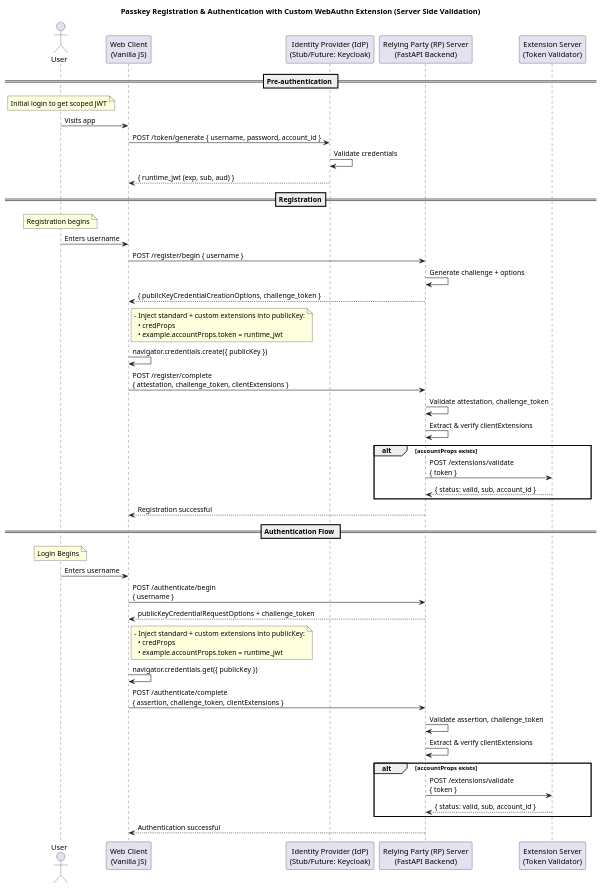
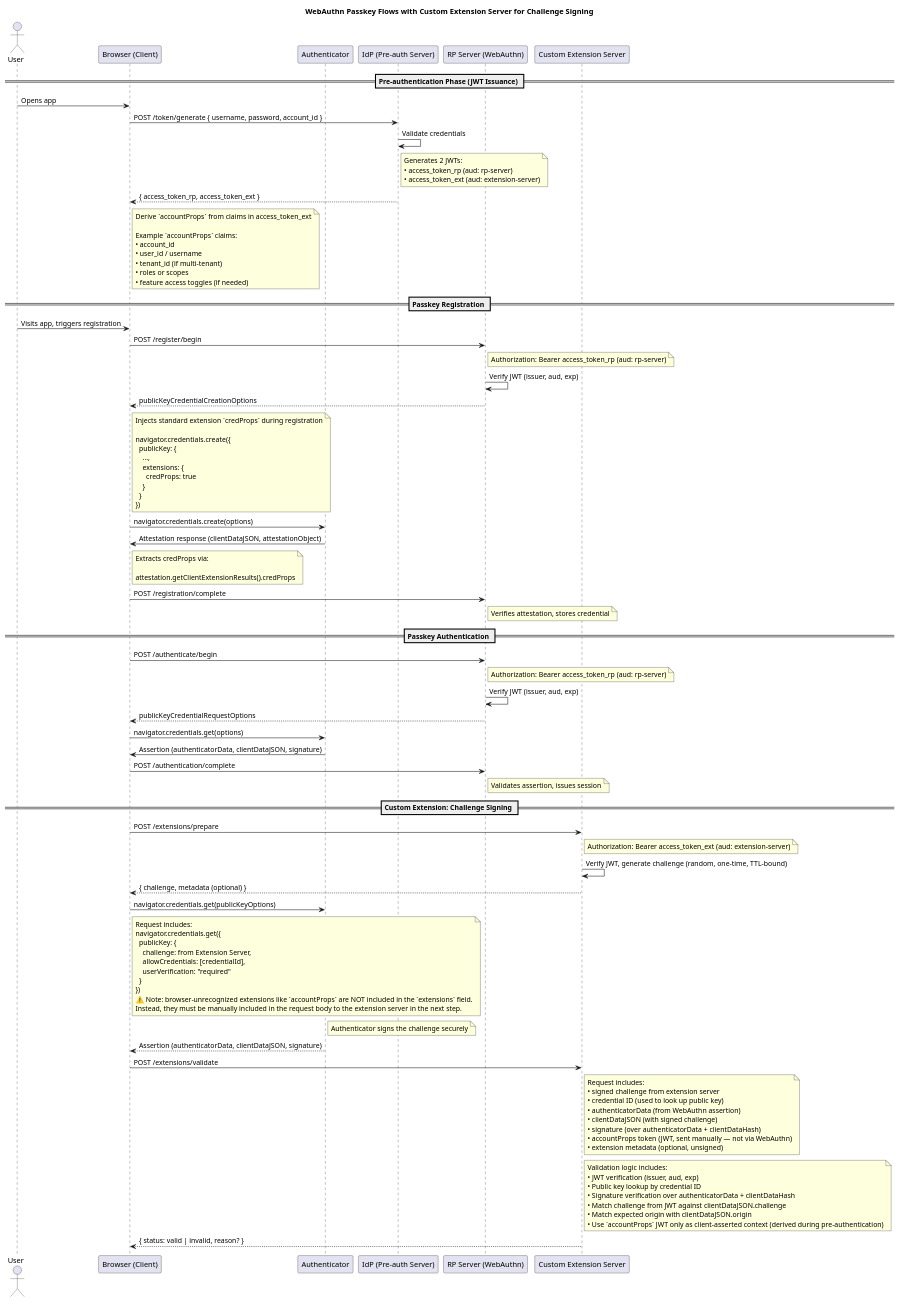
Before and after one commit to nithyanatarajan/simpleFIDO: the diagram in diagrams/sequence.puml, drawn with PlantUML. The commit also changed 6 other files, not shown here.

Commit message:
Rethink the custom extensions flow and update docs

```diff
--- a/diagrams/sequence.puml
+++ b/diagrams/sequence.puml
@@ -1,70 +1,114 @@
 @startuml
-title Passkey Registration & Authentication with Custom WebAuthn Extension (Server Side Validation)
+title WebAuthn Passkey Flows with Custom Extension Server for Challenge Signing
 
 actor User
+participant "Browser (Client)" as Browser
+participant "Authenticator" as Auth
+participant "IdP (Pre-auth Server)" as IdP
+participant "RP Server (WebAuthn)" as RP
+participant "Custom Extension Server" as ExtServer
 
-participant "Web Client\n(Vanilla JS)" as Client
-participant "Identity Provider (IdP)\n(Stub/Future: Keycloak)" as IdP
-participant "Relying Party (RP) Server\n(FastAPI Backend)" as RP
-participant "Extension Server\n(Token Validator)" as ExtnServer
+== Pre-authentication Phase (JWT Issuance) ==
+User -> Browser: Opens app
+Browser -> IdP: POST /token/generate { username, password, account_id }
+IdP -> IdP: Validate credentials
+note right of IdP: Generates 2 JWTs:\n• access_token_rp (aud: rp-server)\n• access_token_ext (aud: extension-server)
+IdP --> Browser: { access_token_rp, access_token_ext }
+note right of Browser
+Derive `accountProps` from claims in access_token_ext
 
-== Pre-authentication ==
-note over User: Initial login to get scoped JWT
-User -> Client: Visits app
-Client -> IdP: POST /token/generate { username, password, account_id }
-IdP -> IdP: Validate credentials
-IdP --> Client: { runtime_jwt (exp, sub, aud) }
-
-== Registration==
-note over User: Registration begins
-User -> Client: Enters username
-Client -> RP: POST /register/begin { username }
-RP -> RP: Generate challenge + options
-RP --> Client: { publicKeyCredentialCreationOptions, challenge_token }
-
-note right of Client
-- Inject standard + custom extensions into publicKey:
-  • credProps
-  • example.accountProps.token = runtime_jwt
+Example `accountProps` claims:
+• account_id
+• user_id / username
+• tenant_id (if multi-tenant)
+• roles or scopes
+• feature access toggles (if needed)
 end note
 
-Client -> Client: navigator.credentials.create({ publicKey })
-Client -> RP: POST /register/complete\n{ attestation, challenge_token, clientExtensions }
+== Passkey Registration ==
+User -> Browser: Visits app, triggers registration
+Browser -> RP: POST /register/begin
+note right of RP: Authorization: Bearer access_token_rp (aud: rp-server)
+RP -> RP: Verify JWT (issuer, aud, exp)
+RP --> Browser: publicKeyCredentialCreationOptions
+note right of Browser
+Injects standard extension `credProps` during registration
 
-RP -> RP: Validate attestation, challenge_token
-RP -> RP: Extract & verify clientExtensions
-
-alt accountProps exists
-  RP -> ExtnServer: POST /extensions/validate\n{ token }
-  ExtnServer --> RP: { status: valid, sub, account_id }
-end
-
-RP --> Client: Registration successful
-
-== Authentication Flow ==
-note over User: Login Begins
-User -> Client: Enters username
-
-Client -> RP: POST /authenticate/begin\n{ username }
-RP --> Client: publicKeyCredentialRequestOptions + challenge_token
-
-note right of Client
-- Inject standard + custom extensions into publicKey:
-  • credProps
-  • example.accountProps.token = runtime_jwt
+navigator.credentials.create({
+  publicKey: {
+    ...,
+    extensions: {
+      credProps: true
+    }
+  }
+})
 end note
 
-Client -> Client: navigator.credentials.get({ publicKey })
-Client -> RP: POST /authenticate/complete\n{ assertion, challenge_token, clientExtensions }
+Browser -> Auth: navigator.credentials.create(options)
+Auth -> Browser: Attestation response (clientDataJSON, attestationObject)
+note right of Browser
+Extracts credProps via:
 
-RP -> RP: Validate assertion, challenge_token
-RP -> RP: Extract & verify clientExtensions
+attestation.getClientExtensionResults().credProps
+end note
 
-alt accountProps exists
-  RP -> ExtnServer: POST /extensions/validate\n{ token }
-  ExtnServer --> RP: { status: valid, sub, account_id }
-end
 
-RP --> Client: Authentication successful
+Browser -> RP: POST /registration/complete
+note right of RP: Verifies attestation, stores credential
 
+== Passkey Authentication ==
+Browser -> RP: POST /authenticate/begin
+note right of RP: Authorization: Bearer access_token_rp (aud: rp-server)
+RP -> RP: Verify JWT (issuer, aud, exp)
+RP --> Browser: publicKeyCredentialRequestOptions
+Browser -> Auth: navigator.credentials.get(options)
+Auth -> Browser: Assertion (authenticatorData, clientDataJSON, signature)
+Browser -> RP: POST /authentication/complete
+note right of RP: Validates assertion, issues session
+
+== Custom Extension: Challenge Signing ==
+Browser -> ExtServer: POST /extensions/prepare
+note right of ExtServer: Authorization: Bearer access_token_ext (aud: extension-server)
+ExtServer -> ExtServer: Verify JWT, generate challenge (random, one-time, TTL-bound)
+ExtServer --> Browser: { challenge, metadata (optional) }
+
+Browser -> Auth: navigator.credentials.get(publicKeyOptions)
+note right of Browser
+Request includes:
+navigator.credentials.get({
+  publicKey: {
+    challenge: from Extension Server,
+    allowCredentials: [credentialId],
+    userVerification: "required"
+  }
+})
+⚠️ Note: browser-unrecognized extensions like `accountProps` are NOT included in the `extensions` field.
+Instead, they must be manually included in the request body to the extension server in the next step.
+end note
+
+note right of Auth: Authenticator signs the challenge securely
+Auth --> Browser: Assertion (authenticatorData, clientDataJSON, signature)
+
+Browser -> ExtServer: POST /extensions/validate
+note right of ExtServer
+Request includes:
+• signed challenge from extension server
+• credential ID (used to look up public key)
+• authenticatorData (from WebAuthn assertion)
+• clientDataJSON (with signed challenge)
+• signature (over authenticatorData + clientDataHash)
+• accountProps token (JWT, sent manually — not via WebAuthn)
+• extension metadata (optional, unsigned)
+end note
+
+note right of ExtServer
+Validation logic includes:
+• JWT verification (issuer, aud, exp)
+• Public key lookup by credential ID
+• Signature verification over authenticatorData + clientDataHash
+• Match challenge from JWT against clientDataJSON.challenge
+• Match expected origin with clientDataJSON.origin
+• Use `accountProps` JWT only as client-asserted context (derived during pre-authentication)
+end note
+ExtServer --> Browser: { status: valid | invalid, reason? }
 @enduml
```
